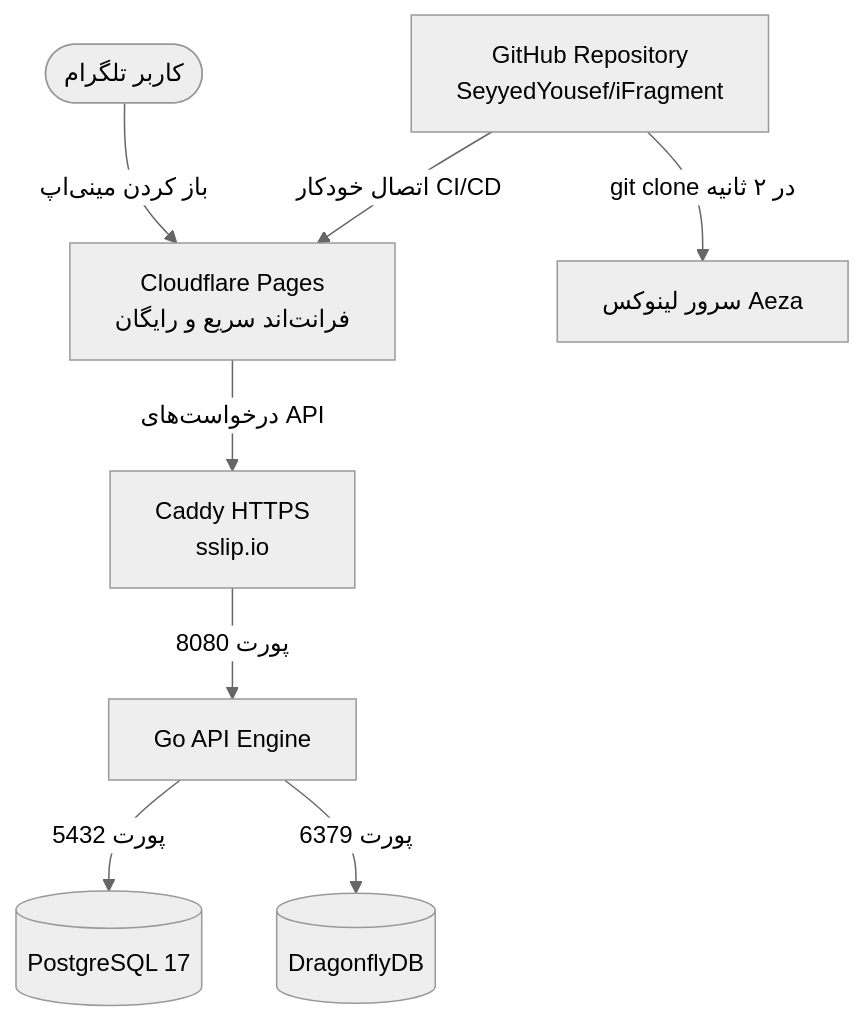
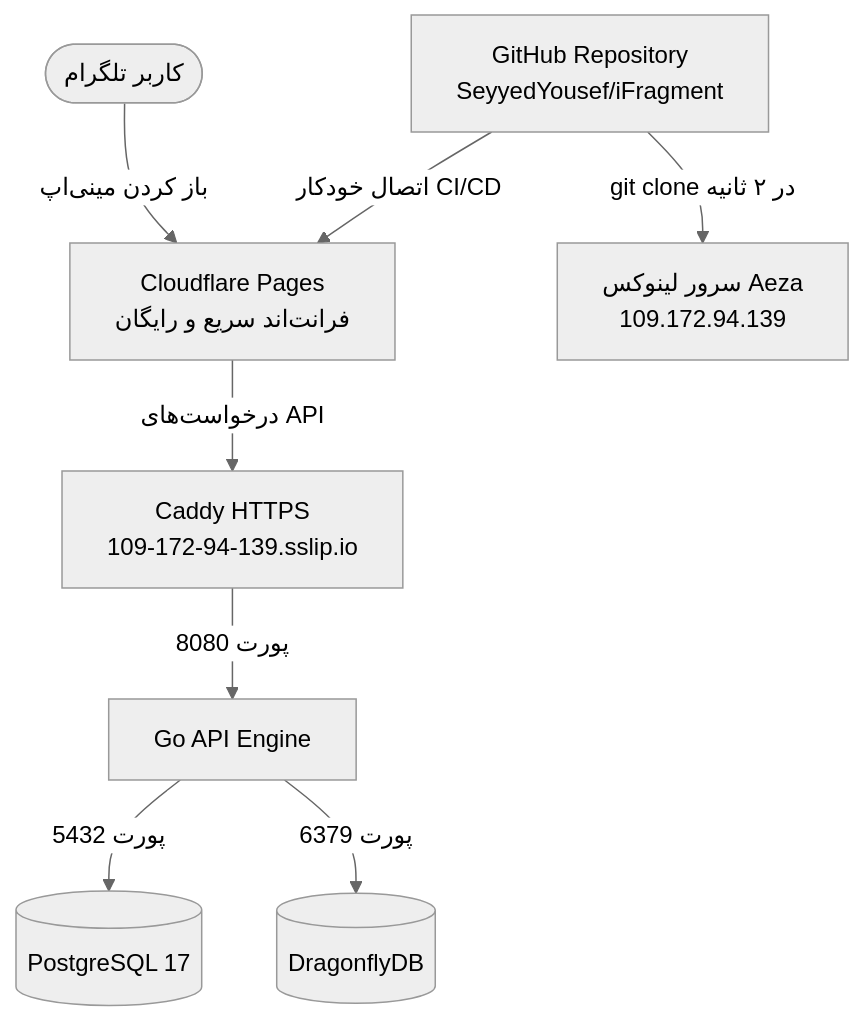
Before and after one commit to SeyyedYousef/iFragment: the diagram in DEPLOYMENT_WALKTHROUGH.md, drawn with Mermaid (neutral theme). The commit also changed other lines of this file and 3 other files, not shown here.

````diff
--- a/DEPLOYMENT_WALKTHROUGH.md
+++ b/DEPLOYMENT_WALKTHROUGH.md
@@ -12,11 +14,11 @@
 ```mermaid
 graph TD
     GitHub[GitHub Repository\nSeyyedYousef/iFragment] -->|اتصال خودکار CI/CD| CF[Cloudflare Pages\nفرانت‌اند سریع و رایگان]
-    GitHub -->|git clone در ۲ ثانیه| VPS[سرور لینوکس Aeza]
-    
+    GitHub -->|git clone در ۲ ثانیه| VPS[سرور لینوکس Aeza\n109.172.94.139]
+
     User([کاربر تلگرام]) -->|باز کردن مینی‌اپ| CF
-    CF -->|درخواست‌های API| Caddy[Caddy HTTPS\nsslip.io]
+    CF -->|درخواست‌های API| Caddy[Caddy HTTPS\n109-172-94-139.sslip.io]
     Caddy -->|پورت 8080| GoApp[Go API Engine]
     GoApp -->|پورت 5432| DB[(PostgreSQL 17)]
     GoApp -->|پورت 6379| Cache[(DragonflyDB)]
 ```
````
